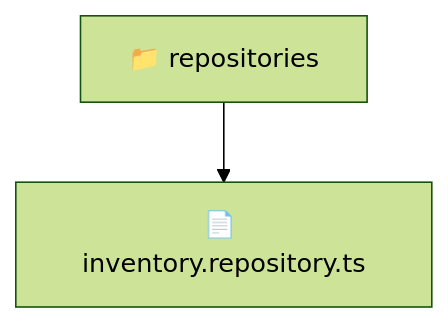
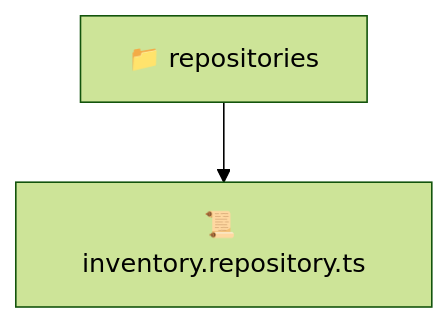
Before and after one commit to beginwebdev2002/fullstack-mavluda: the diagram in backend/src/modules/inventory/infrastructure/repositories/README.md, drawn with Mermaid (forest theme). The commit also changed other lines of this file and 163 other files, not shown here.

````diff
--- a/backend/src/modules/inventory/infrastructure/repositories/README.md
+++ b/backend/src/modules/inventory/infrastructure/repositories/README.md
@@ -9,5 +9,5 @@
 ```mermaid
 graph TD
-  Root["📁 repositories"]
-  Root --> inventory_repository_ts["📄 inventory.repository.ts"]
+  repositories["📁 repositories"]
+  repositories --> inventory_repository_ts["📜 inventory.repository.ts"]
 ```
````
